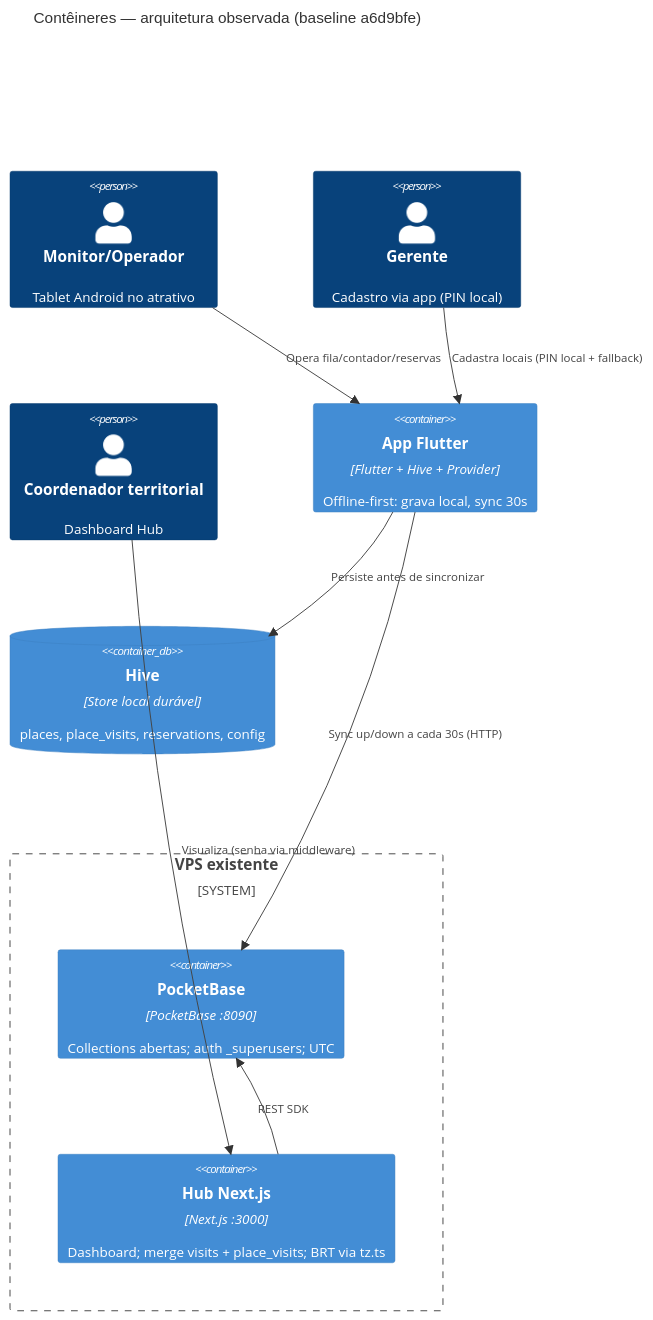
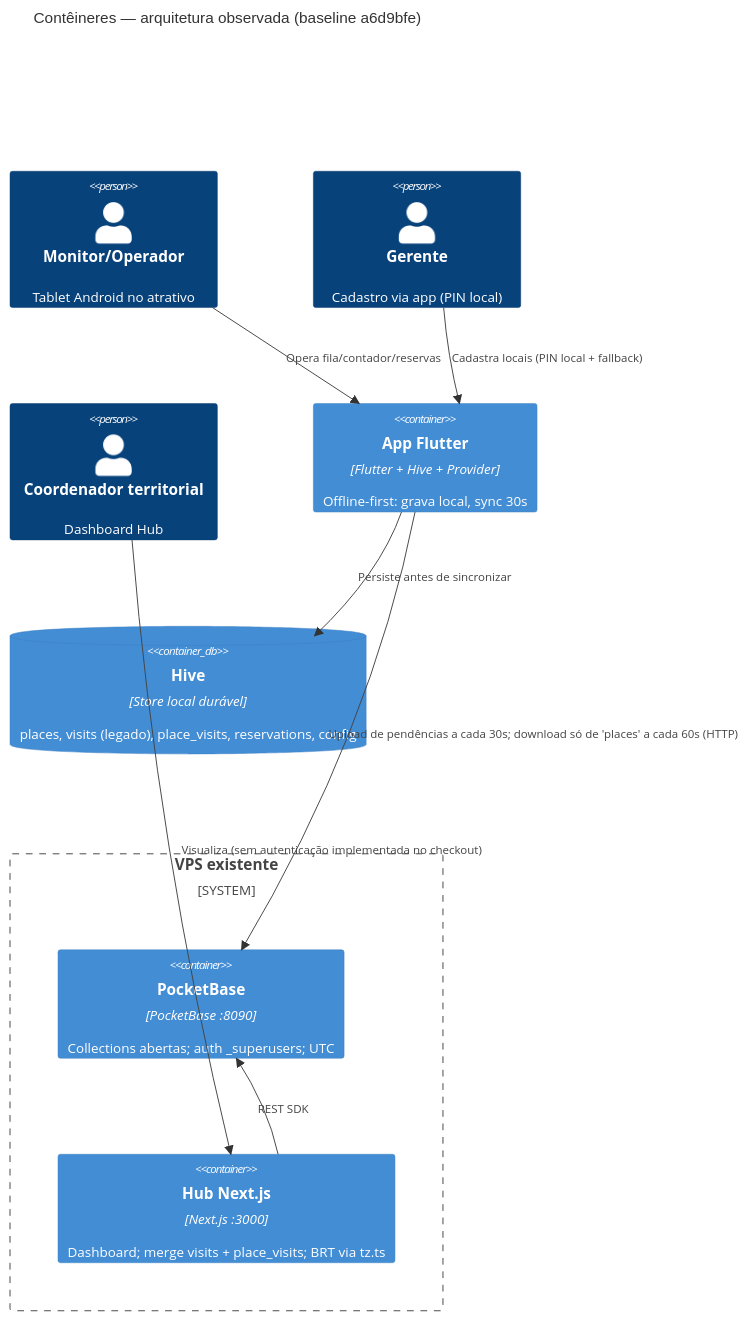
Before and after one commit to rafaloct/jalapao-monitor-v2: the first of 3 diagrams in docs/adr/0001-c4-container.md, drawn with Mermaid. The commit also changed other lines of this file and 1 other file, not shown here.

````diff
--- a/docs/adr/0001-c4-container.md
+++ b/docs/adr/0001-c4-container.md
@@ -9,22 +9,22 @@
 ```mermaid
 C4Container
     title Contêineres — arquitetura observada (baseline a6d9bfe)
 
     Person(monitor, "Monitor/Operador", "Tablet Android no atrativo")
     Person(gestor, "Gerente", "Cadastro via app (PIN local)")
     Person(coord, "Coordenador territorial", "Dashboard Hub")
 
     Container(app, "App Flutter", "Flutter + Hive + Provider", "Offline-first: grava local, sync 30s")
-    ContainerDb(hive, "Hive", "Store local durável", "places, place_visits, reservations, config")
+    ContainerDb(hive, "Hive", "Store local durável", "places, visits (legado), place_visits, reservations, config")
     System_Boundary(vps, "VPS existente") {
         Container(pb, "PocketBase", "PocketBase :8090", "Collections abertas; auth _superusers; UTC")
         Container(hub, "Hub Next.js", "Next.js :3000", "Dashboard; merge visits + place_visits; BRT via tz.ts")
     }
 
     Rel(monitor, app, "Opera fila/contador/reservas")
     Rel(gestor, app, "Cadastra locais (PIN local + fallback)")
     Rel(app, hive, "Persiste antes de sincronizar")
-    Rel(app, pb, "Sync up/down a cada 30s (HTTP)")
+    Rel(app, pb, "Upload de pendências a cada 30s; download só de 'places' a cada 60s (HTTP)")
     Rel(hub, pb, "REST SDK")
-    Rel(coord, hub, "Visualiza (senha via middleware)")
+    Rel(coord, hub, "Visualiza (sem autenticação implementada no checkout)")
 ```
````
